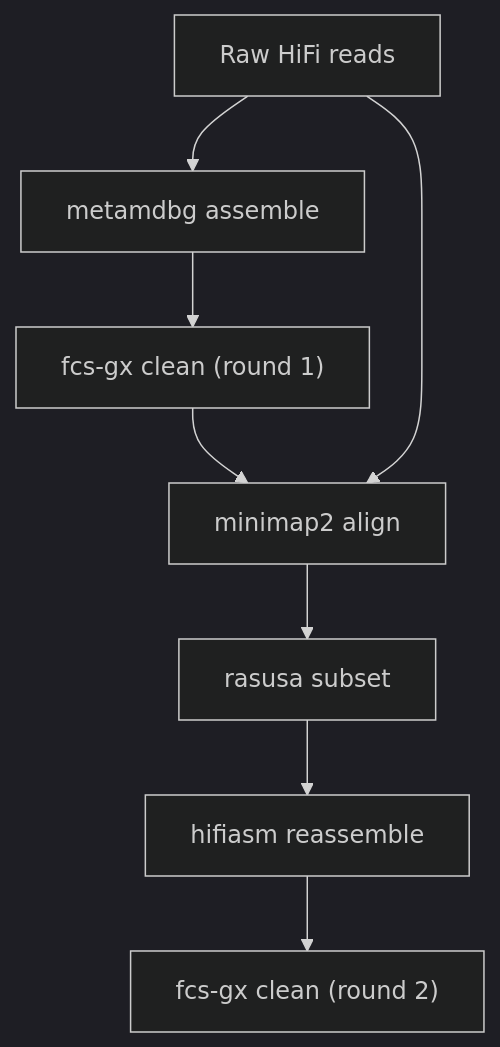
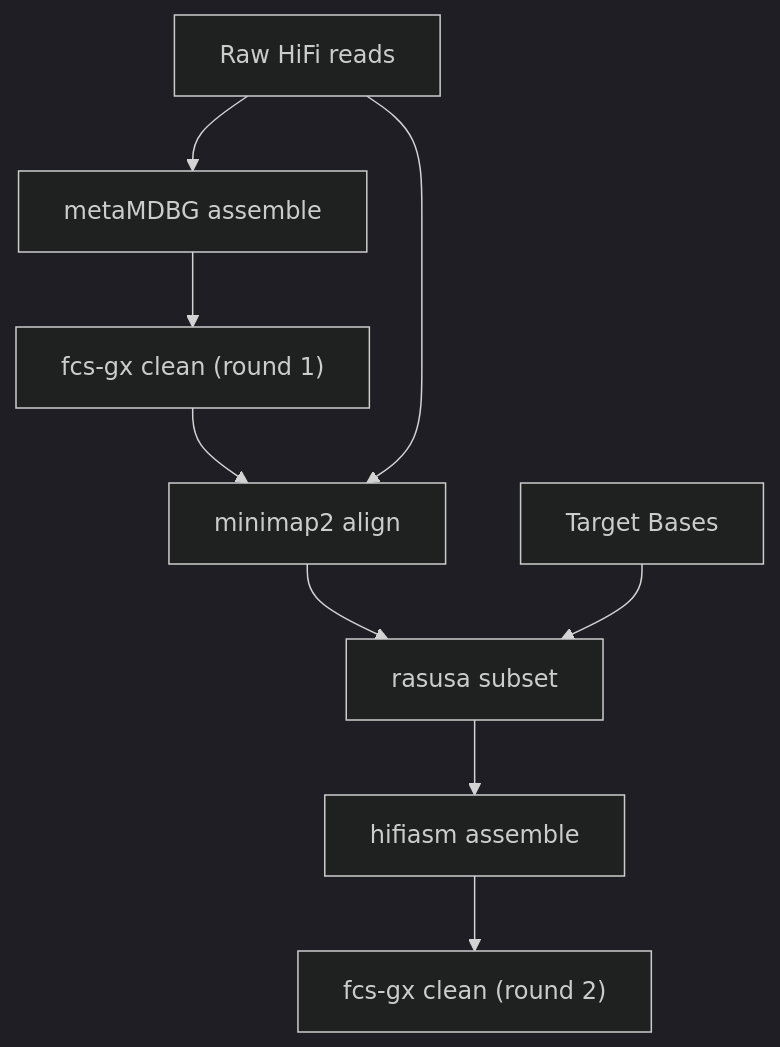
One commit to Yixuan39/targetasm changed the diagram in README.md. Above: the diagram before and after it, drawn with Mermaid (dark theme).

Commit message:
Update workflow DAG in README

````diff
--- a/README.md
+++ b/README.md
@@ -18,10 +18,11 @@
 ```mermaid
 graph TD
-    RAW["Raw HiFi reads"] --> MDBG["metamdbg assemble"]
+    RAW["Raw HiFi reads"] --> MDBG["metaMDBG assemble"]
     MDBG --> FCS1["fcs-gx clean (round 1)"]
     FCS1 --> MM["minimap2 align"]
     RAW --> MM
     MM --> RAS["rasusa subset"]
-    RAS --> HIFI["hifiasm reassemble"]
+    TB["Target Bases"] --> RAS
+    RAS --> HIFI["hifiasm assemble"]
     HIFI --> FCS2["fcs-gx clean (round 2)"]
 ```
````
